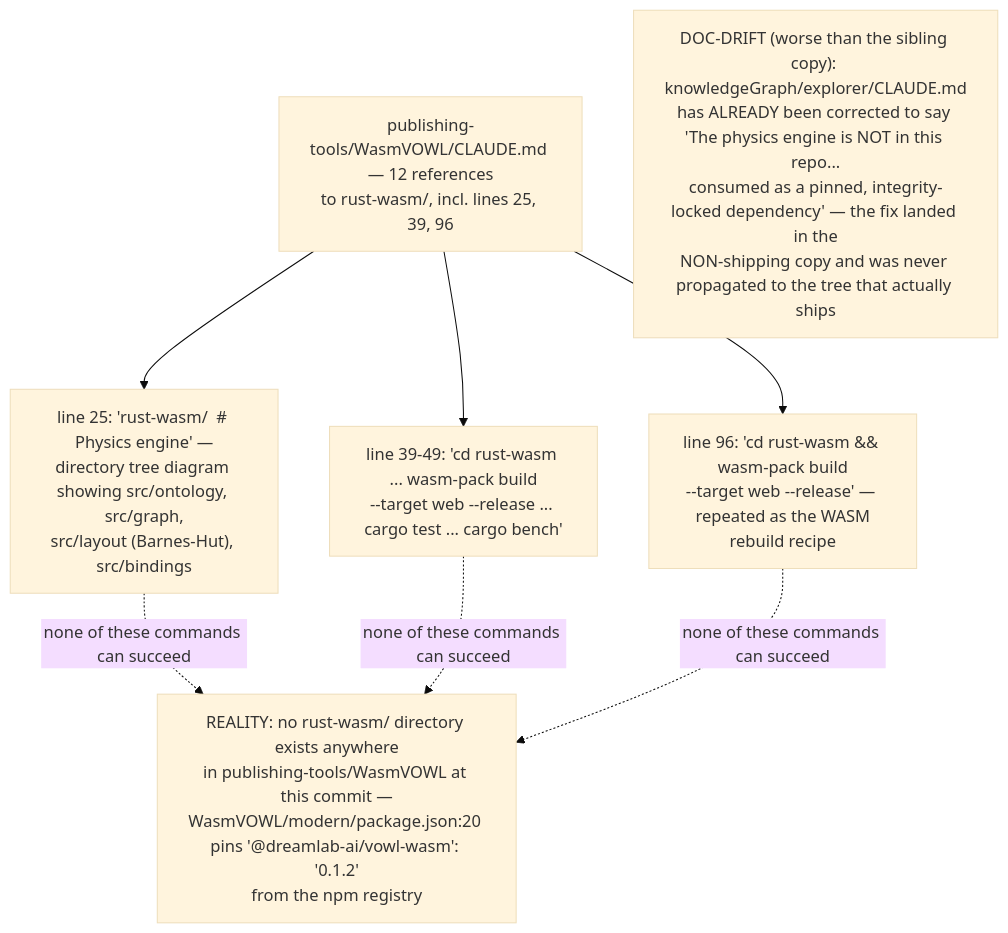
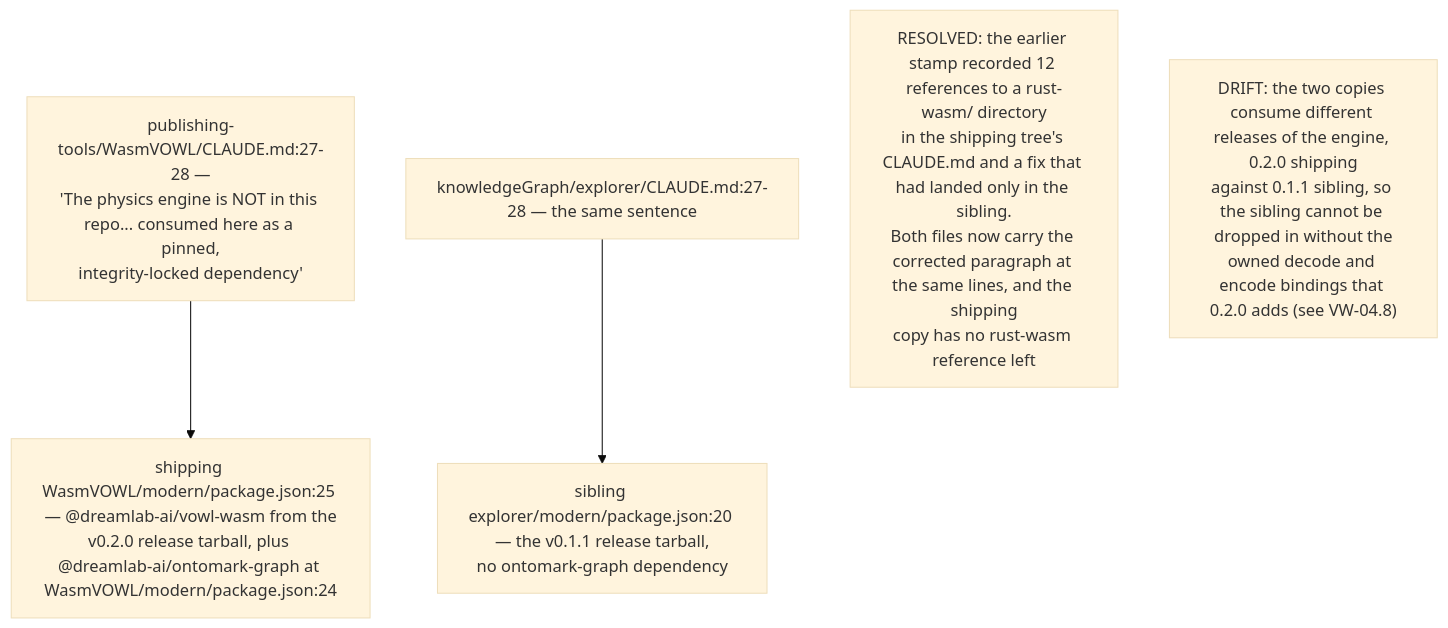
The second of 5 diagrams in docs/diagrams/visiongraph/06-shipping-explorer-duplication.md (DreamLab-AI/VisionFlow), drawn with Mermaid (base theme) before and after one commit. The commit also changed other lines of this file and 160 other files, not shown here.

````diff
--- a/docs/diagrams/visiongraph/06-shipping-explorer-duplication.md
+++ b/docs/diagrams/visiongraph/06-shipping-explorer-duplication.md
@@ -48,11 +48,11 @@
 ```mermaid
 flowchart TB
-    CLAUDEMD["publishing-tools/WasmVOWL/CLAUDE.md — 12 references<br/>to rust-wasm/, incl. lines 25, 39, 96"]
-    L25["line 25: 'rust-wasm/  # Physics engine' —<br/>directory tree diagram showing src/ontology, src/graph,<br/>src/layout #40;Barnes-Hut#41;, src/bindings"]
-    L39["line 39-49: 'cd rust-wasm ... wasm-pack build<br/>--target web --release ... cargo test ... cargo bench'"]
-    L96["line 96: 'cd rust-wasm && wasm-pack build<br/>--target web --release' — repeated as the WASM<br/>rebuild recipe"]
-    REALITY["REALITY: no rust-wasm/ directory exists anywhere<br/>in publishing-tools/WasmVOWL at this commit —<br/>WasmVOWL/modern/package.json:20 pins '@dreamlab-ai/vowl-wasm': '0.1.2'<br/>from the npm registry"]
-    CLAUDEMD --> L25 & L39 & L96
-    L25 & L39 & L96 -.->|"none of these commands can succeed"| REALITY
-    note1["DOC-DRIFT #40;worse than the sibling copy#41;: knowledgeGraph/explorer/CLAUDE.md<br/>has ALREADY been corrected to say 'The physics engine is NOT in this repo...<br/>consumed as a pinned, integrity-locked dependency' — the fix landed in the<br/>NON-shipping copy and was never propagated to the tree that actually ships"]
+    SHIPCM["publishing-tools/WasmVOWL/CLAUDE.md:27-28 —<br/>'The physics engine is NOT in this repo... consumed here as a pinned,<br/>integrity-locked dependency'"]
+    SIBCM["knowledgeGraph/explorer/CLAUDE.md:27-28 — the same sentence"]
+    SHIPPKG["shipping WasmVOWL/modern/package.json:25 — @dreamlab-ai/vowl-wasm from the<br/>v0.2.0 release tarball, plus @dreamlab-ai/ontomark-graph at WasmVOWL/modern/package.json:24"]
+    SIBPKG["sibling explorer/modern/package.json:20 — the v0.1.1 release tarball,<br/>no ontomark-graph dependency"]
+    SHIPCM --> SHIPPKG
+    SIBCM --> SIBPKG
+    note1["RESOLVED: the earlier stamp recorded 12 references to a rust-wasm/ directory<br/>in the shipping tree's CLAUDE.md and a fix that had landed only in the sibling.<br/>Both files now carry the corrected paragraph at the same lines, and the shipping<br/>copy has no rust-wasm reference left"]
+    note2["DRIFT: the two copies consume different releases of the engine, 0.2.0 shipping<br/>against 0.1.1 sibling, so the sibling cannot be dropped in without the<br/>owned decode and encode bindings that 0.2.0 adds #40;see VW-04.8#41;"]
 ```
````
